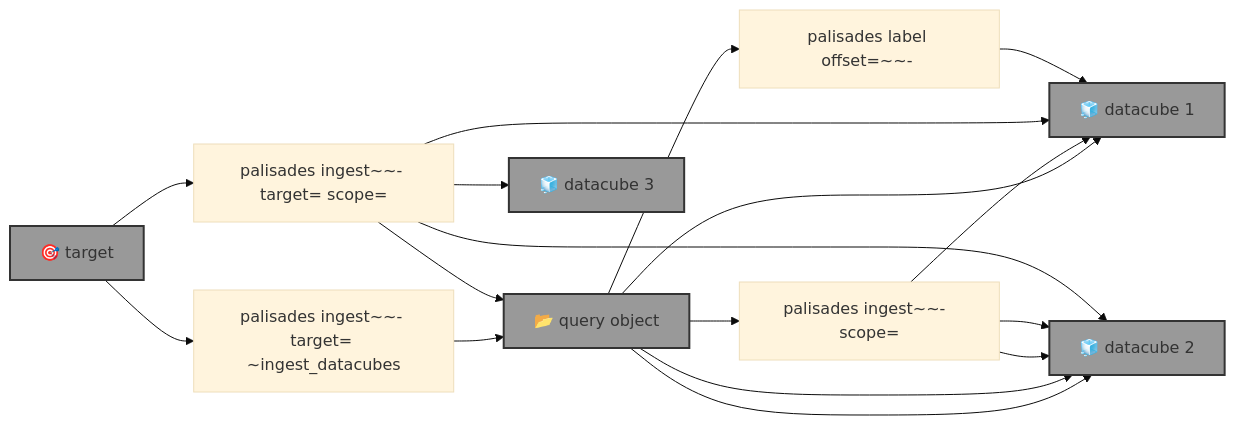
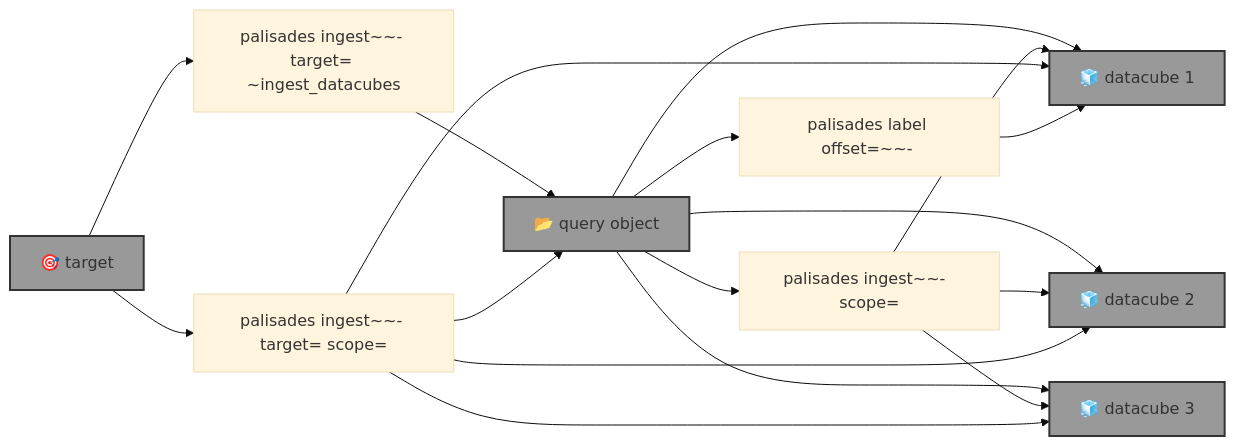
Before and after one commit to kamangir/blue-sandbox: the diagram in blue_sandbox/palisades/template.md, drawn with Mermaid (base theme). The commit also changed 3 other files, not shown here.

````diff
--- a/blue_sandbox/palisades/template.md
+++ b/blue_sandbox/palisades/template.md
@@ -5,39 +5,39 @@
 ```mermaid
 graph LR
     palisades_ingest_query_ingest["palisades ingest~~- <query-object-name> scope=<scope>"]
 
     palisades_ingest_target["palisades ingest~~- target=<target> ~ingest_datacubes"]
 
     palisades_ingest_target_ingest["palisades ingest~~- target=<target> scope=<scope>"]
 
     palisades_label["palisades label offset=<offset>~~- <query-object-name>"]
 
     target["🎯 target"]:::folder
     query_object["📂 query object"]:::folder
     datacube_1["🧊 datacube 1"]:::folder
     datacube_2["🧊 datacube 2"]:::folder
     datacube_3["🧊 datacube 3"]:::folder
 
     query_object --> datacube_1
     query_object --> datacube_2
-    query_object --> datacube_2
+    query_object --> datacube_3
 
     query_object --> palisades_ingest_query_ingest
     palisades_ingest_query_ingest --> datacube_1
     palisades_ingest_query_ingest --> datacube_2
-    palisades_ingest_query_ingest --> datacube_2
+    palisades_ingest_query_ingest --> datacube_3
 
     target --> palisades_ingest_target
     palisades_ingest_target --> query_object
 
     target --> palisades_ingest_target_ingest
     palisades_ingest_target_ingest --> query_object
     palisades_ingest_target_ingest --> datacube_1
     palisades_ingest_target_ingest --> datacube_2
     palisades_ingest_target_ingest --> datacube_3
 
     query_object --> palisades_label
     palisades_label --> datacube_1
 
     classDef folder fill:#999,stroke:#333,stroke-width:2px;
 ```
````
